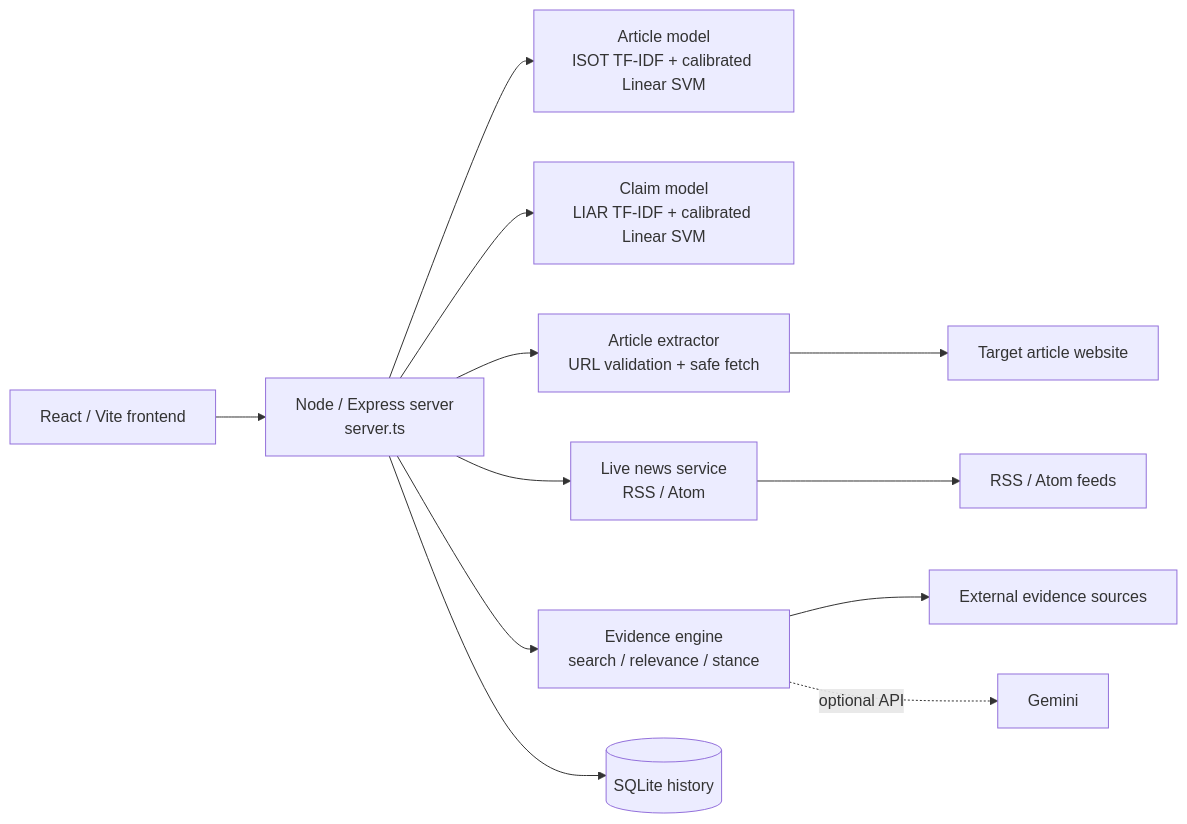
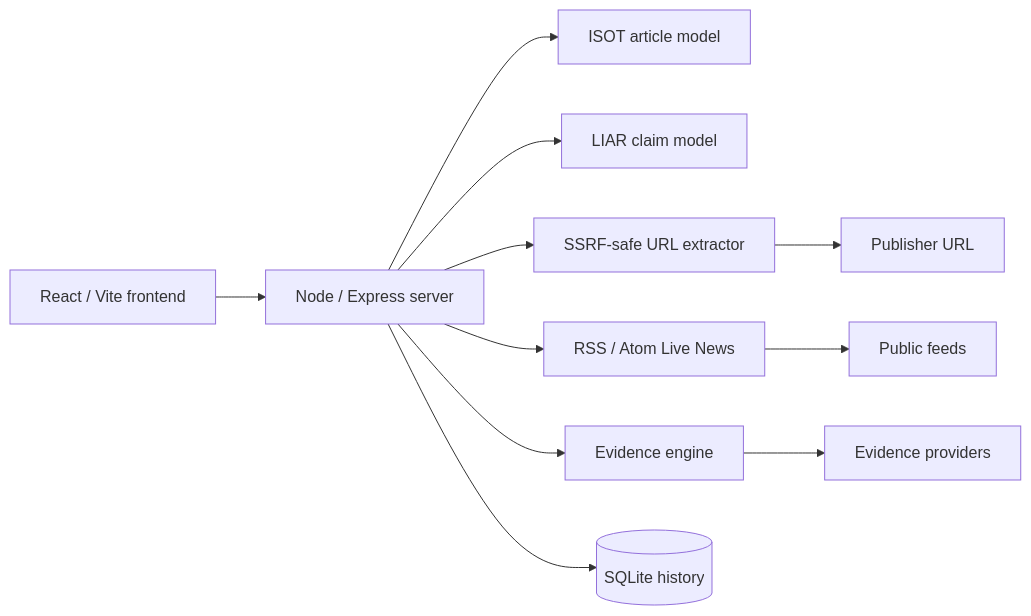
One commit to Pappu246/truthlens-ai-fake-news-detection-system changed the diagram in README.md. Above: the diagram before and after it, drawn with Mermaid. The commit also changed other lines of this file and 1 other file, not shown here.

````diff
--- a/README.md
+++ b/README.md
@@ -85,16 +144,13 @@
 ```mermaid
 flowchart LR
-    F[React / Vite frontend] --> S[Node / Express server<br/>server.ts]
-
-    S --> M[Article model<br/>ISOT TF-IDF + calibrated Linear SVM]
-    S --> C[Claim model<br/>LIAR TF-IDF + calibrated Linear SVM]
-    S --> X[Article extractor<br/>URL validation + safe fetch]
-    S --> N[Live news service<br/>RSS / Atom]
-    S --> V[Evidence engine<br/>search / relevance / stance]
+    F[React / Vite frontend] --> S[Node / Express server]
+    S --> A[ISOT article model]
+    S --> C[LIAR claim model]
+    S --> X[SSRF-safe URL extractor]
+    S --> N[RSS / Atom Live News]
+    S --> E[Evidence engine]
     S --> H[(SQLite history)]
-
-    X --> W[Target article website]
-    N --> R[RSS / Atom feeds]
-    V --> E[External evidence sources]
-    V -. optional API .-> G[Gemini]
+    X --> W[Publisher URL]
+    N --> R[Public feeds]
+    E --> P[Evidence providers]
 ```
````
